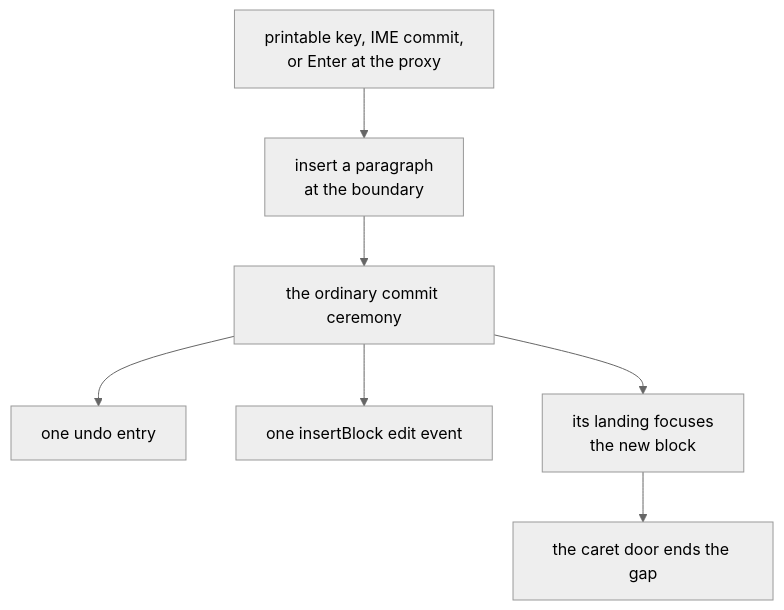
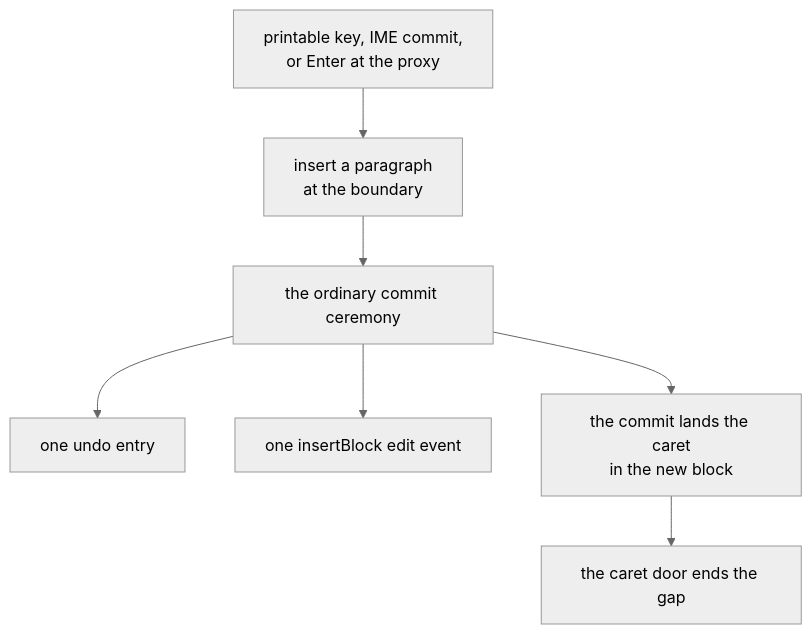
One commit to voithos-labs/aragonite changed the second of 2 diagrams in docs/contributing/anatomy-of-a-change.md. Above: the diagram before and after it, drawn with Mermaid (neutral theme). The commit also changed 8 other files, not shown here.

````diff
--- a/docs/contributing/anatomy-of-a-change.md
+++ b/docs/contributing/anatomy-of-a-change.md
@@ -144,9 +144,9 @@
 ```mermaid
 flowchart TD
     K["printable key, IME commit,<br/>or Enter at the proxy"] --> M["insert a paragraph<br/>at the boundary"]
     M --> C["the ordinary commit ceremony"]
     C --> U["one undo entry"]
     C --> V["one insertBlock edit event"]
-    C --> F["its landing focuses<br/>the new block"]
+    C --> F["the commit lands the caret<br/>in the new block"]
     F --> X["the caret door ends the gap"]
 ```
````
